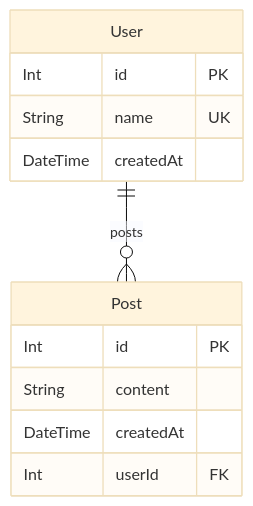
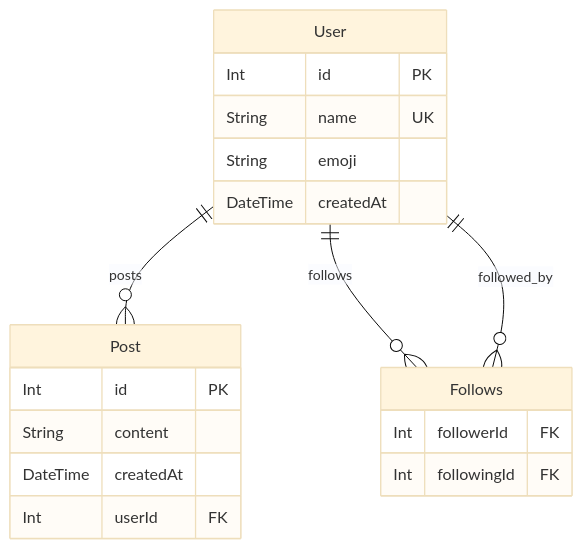
One commit to lirlia/100day_challenge_backend changed the first of 2 diagrams in day4_timeline_sns/README.md. Above: the diagram before and after it, drawn with Mermaid (base theme). The commit also changed other lines of this file and 1 other file, not shown here.

````diff
--- a/day4_timeline_sns/README.md
+++ b/day4_timeline_sns/README.md
@@ -20,15 +44,22 @@
 ```mermaid
 erDiagram
     User {
         Int id PK
         String name UK
+        String emoji
         DateTime createdAt
     }
     Post {
         Int id PK
         String content
         DateTime createdAt
         Int userId FK
     }
+    Follows {
+        Int followerId FK
+        Int followingId FK
+    }
     User ||--o{ Post : posts
+    User ||--o{ Follows : follows
+    User ||--o{ Follows : followed_by
 ```
````
